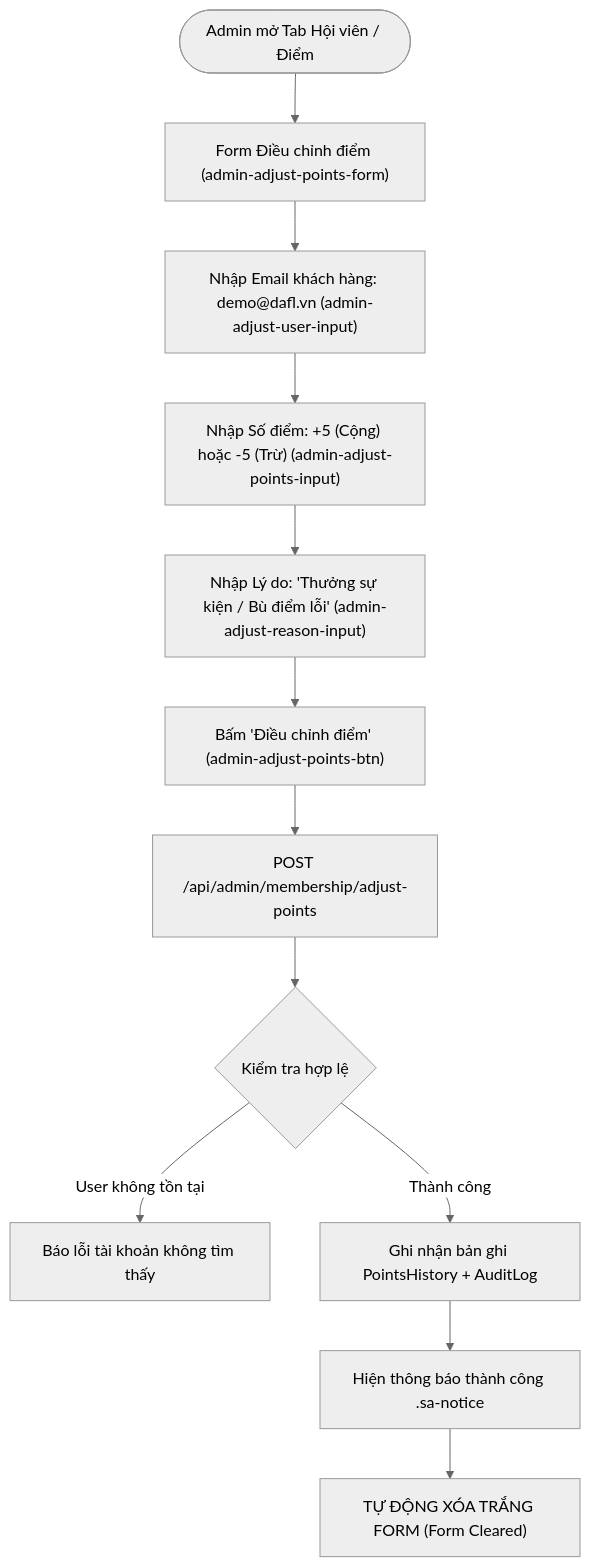
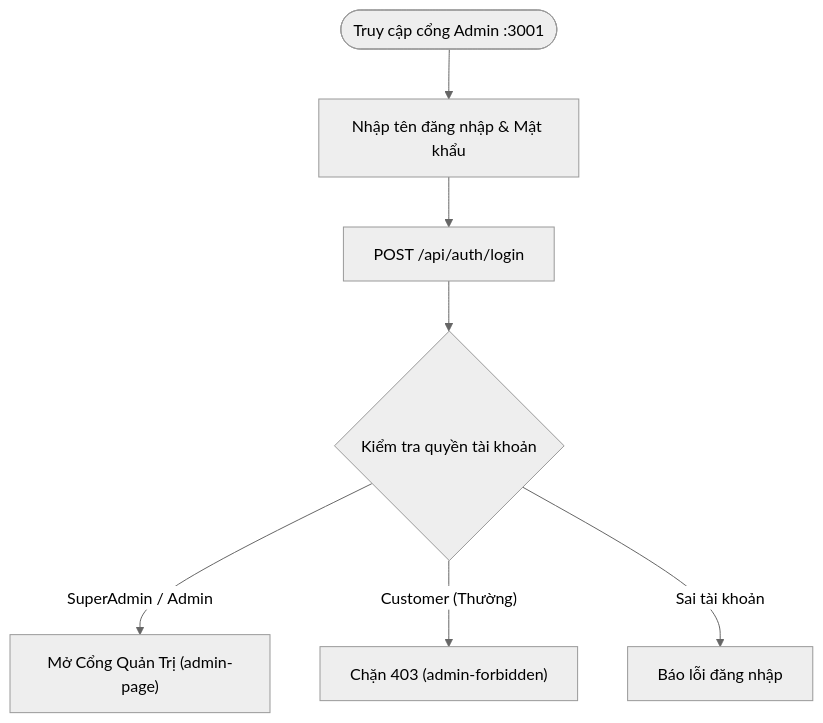
The seventh of 10 diagrams in docs/THIET-KE-UI-UX-VA-LUONG-NGHIEP-VU-DAFL.md (linh1912/DAFL_DO_AN_TOT_NGHIEP), drawn with Mermaid (neutral theme) before and after one commit. The commit also changed other lines of this file and 14 other files, not shown here.

Commit message:
Dot 14: test form moi + upload UP-01..03, tong 145 test (web 107, admin 38) + Allure

````diff
--- a/docs/THIET-KE-UI-UX-VA-LUONG-NGHIEP-VU-DAFL.md
+++ b/docs/THIET-KE-UI-UX-VA-LUONG-NGHIEP-VU-DAFL.md
@@ -289,15 +305,10 @@
 ```mermaid
 flowchart TD
-    StartPoints([Admin mở Tab Hội viên / Điểm]) --> ViewForm["Form Điều chỉnh điểm (admin-adjust-points-form)"]
-    ViewForm --> InputUser["Nhập Email khách hàng: demo@dafl.vn (admin-adjust-user-input)"]
-    InputUser --> InputPts["Nhập Số điểm: +5 (Cộng) hoặc -5 (Trừ) (admin-adjust-points-input)"]
-    InputPts --> InputReason["Nhập Lý do: 'Thưởng sự kiện / Bù điểm lỗi' (admin-adjust-reason-input)"]
-    InputReason --> ClickAdjustBtn["Bấm 'Điều chỉnh điểm' (admin-adjust-points-btn)"]
+    AdminLogin([Truy cập cổng Admin :3001]) --> InputAdmin["Nhập tên đăng nhập & Mật khẩu"]
+    InputAdmin --> SubmitAdmin["POST /api/auth/login"]
+    SubmitAdmin --> RoleCheck{Kiểm tra quyền tài khoản}
     
-    ClickAdjustBtn --> CallAdjustApi["POST /api/admin/membership/adjust-points"]
-    CallAdjustApi --> ValidateAdjust{Kiểm tra hợp lệ}
-    ValidateAdjust -- "User không tồn tại" --> ErrAdjust["Báo lỗi tài khoản không tìm thấy"]
-    ValidateAdjust -- "Thành công" --> SaveAudit["Ghi nhận bản ghi PointsHistory + AuditLog"]
-    SaveAudit --> ShowNoticePoints["Hiện thông báo thành công .sa-notice"]
-    ShowNoticePoints --> ResetForm["TỰ ĐỘNG XÓA TRẮNG FORM (Form Cleared)"]
+    RoleCheck -- "SuperAdmin / Admin" --> AllowAdmin["Mở Cổng Quản Trị (admin-page)"]
+    RoleCheck -- "Customer (Thường)" --> DenyAdmin["Chặn 403 (admin-forbidden)"]
+    RoleCheck -- "Sai tài khoản" --> ErrCred["Báo lỗi đăng nhập"]
 ```
````
